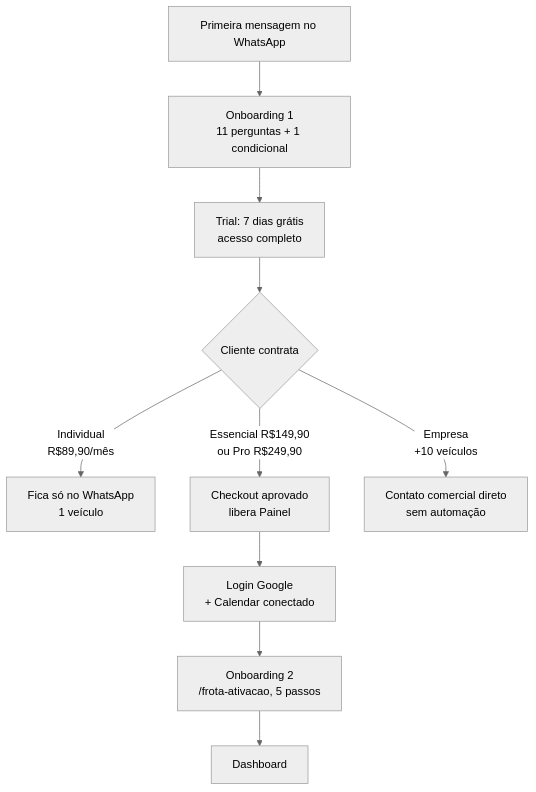
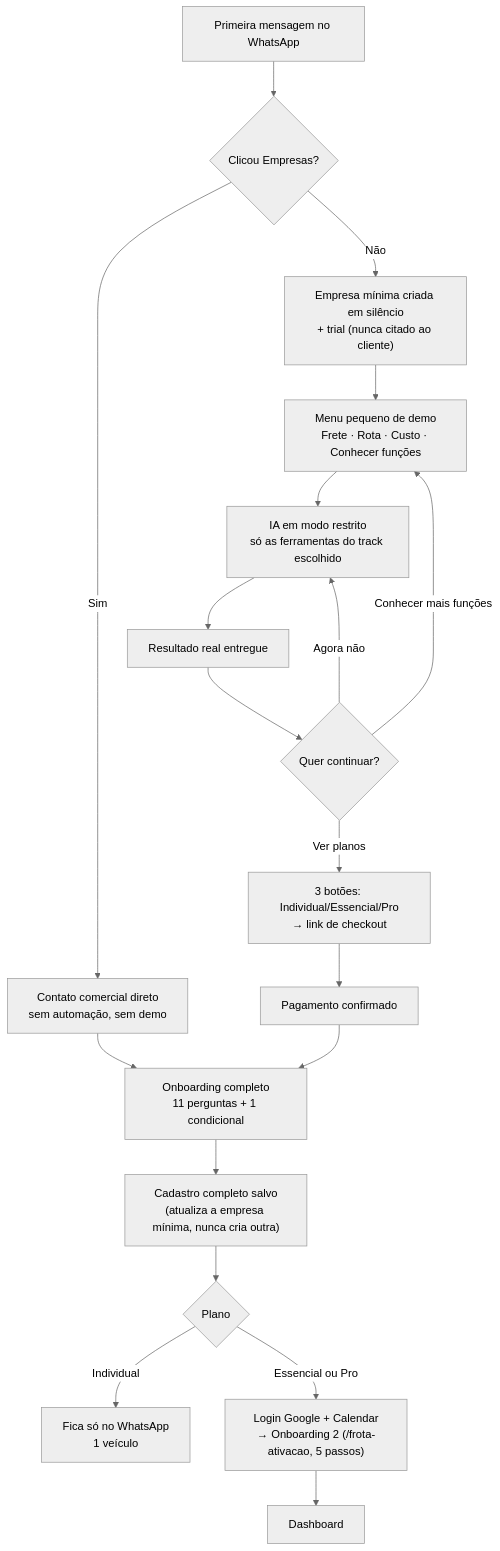
One commit to rafaelkamosaquario-cpu/frotaia changed the second of 4 diagrams in docs/FROTA_IA_FLUXOGRAMA_ATUAL_2026-09-10.md. Above: the diagram before and after it, drawn with Mermaid (neutral theme). The commit also changed other lines of this file and 6 other files, not shown here.

First line of the commit message:
Atualiza docs da inversão do funil e corrige promessa de mídia na demo

````diff
--- a/docs/FROTA_IA_FLUXOGRAMA_ATUAL_2026-09-10.md
+++ b/docs/FROTA_IA_FLUXOGRAMA_ATUAL_2026-09-10.md
@@ -31,12 +31,21 @@
 ```mermaid
 flowchart TD
-    Z[Primeira mensagem no WhatsApp] --> A["Onboarding 1<br/>11 perguntas + 1 condicional"]
-    A --> T["Trial: 7 dias grátis<br/>acesso completo"]
-    T --> P{Cliente contrata}
-    P -->|"Individual<br/>R$89,90/mês"| I["Fica só no WhatsApp<br/>1 veículo"]
-    P -->|"Essencial R$149,90<br/>ou Pro R$249,90"| G["Checkout aprovado<br/>libera Painel"]
-    G --> GC["Login Google<br/>+ Calendar conectado"]
-    GC --> O2["Onboarding 2<br/>/frota-ativacao, 5 passos"]
-    O2 --> D[Dashboard]
-    P -->|"Empresa<br/>+10 veículos"| E["Contato comercial direto<br/>sem automação"]
+    Z[Primeira mensagem no WhatsApp] --> EMP{"Clicou Empresas?"}
+    EMP -->|Sim| E["Contato comercial direto<br/>sem automação, sem demo"]
+    E --> A2["Onboarding completo<br/>11 perguntas + 1 condicional"]
+    EMP -->|Não| MIN["Empresa mínima criada em silêncio<br/>+ trial (nunca citado ao cliente)"]
+    MIN --> MENU["Menu pequeno de demo<br/>Frete · Rota · Custo · Conhecer funções"]
+    MENU --> DEMO["IA em modo restrito<br/>só as ferramentas do track escolhido"]
+    DEMO --> RES[Resultado real entregue]
+    RES --> CTA{"Quer continuar?"}
+    CTA -->|Ver planos| PLANOS["3 botões: Individual/Essencial/Pro<br/>→ link de checkout"]
+    CTA -->|Conhecer mais funções| MENU
+    CTA -->|Agora não| DEMO
+    PLANOS --> PAGO[Pagamento confirmado]
+    PAGO --> A2
+    A2 --> T["Cadastro completo salvo<br/>(atualiza a empresa mínima, nunca cria outra)"]
+    T --> DIV{Plano}
+    DIV -->|Individual| I["Fica só no WhatsApp<br/>1 veículo"]
+    DIV -->|"Essencial ou Pro"| GC["Login Google + Calendar<br/>→ Onboarding 2 (/frota-ativacao, 5 passos)"]
+    GC --> D[Dashboard]
 ```
````
